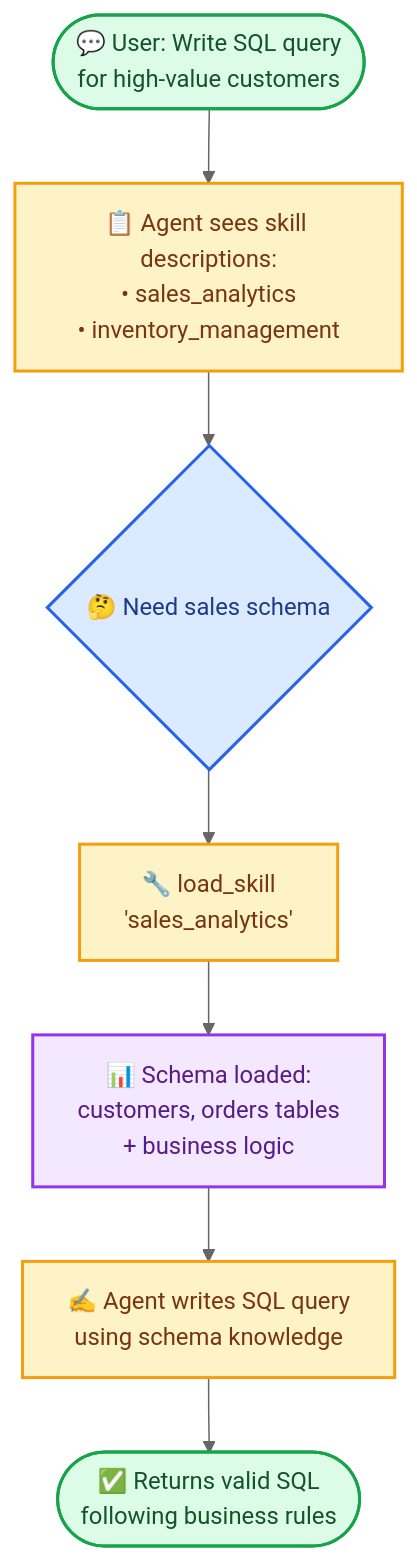
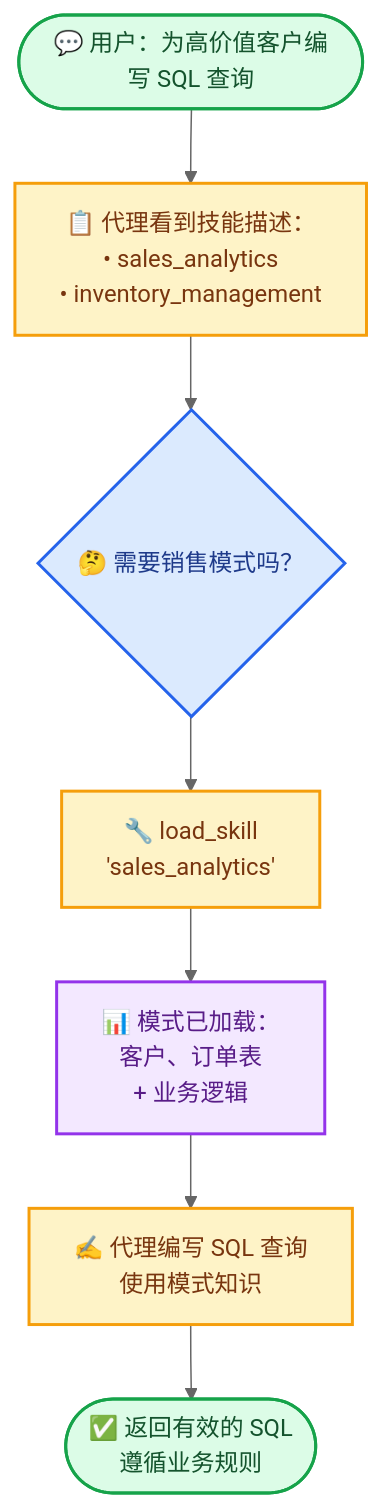
One commit to kunfan96/cndocs-langchain changed the diagram in oss/python/langchain/multi-agent/skills-sql-assistant.mdx. Above: the diagram before and after it, drawn with Mermaid. The commit also changed other lines of this file and 1030 other files, not shown here.

````diff
--- a/oss/python/langchain/multi-agent/skills-sql-assistant.mdx
+++ b/oss/python/langchain/multi-agent/skills-sql-assistant.mdx
@@ -27,26 +27,26 @@
 ```mermaid
 %%{init: {'theme':'base', 'themeVariables': { 'primaryColor':'#4CAF50','primaryTextColor':'#fff','primaryBorderColor':'#2E7D32','lineColor':'#666','secondaryColor':'#FF9800','tertiaryColor':'#2196F3','tertiaryBorderColor':'#1565C0','tertiaryTextColor':'#fff'}}}%%
 flowchart TD
-    Start([💬 User: Write SQL query<br/>for high-value customers]) --> SystemPrompt[📋 Agent sees skill descriptions:<br/>• sales_analytics<br/>• inventory_management]
+    Start([💬 用户：为高价值客户编写 SQL 查询]) --> SystemPrompt[📋 代理看到技能描述：<br/>• sales_analytics<br/>• inventory_management]
 
-    SystemPrompt --> Decide{🤔 Need sales schema}
+    SystemPrompt --> Decide{🤔 需要销售模式吗？}
 
     Decide --> LoadSkill[🔧 load_skill<br/>'sales_analytics']
 
-    LoadSkill --> Schema[📊 Schema loaded:<br/>customers, orders tables<br/>+ business logic]
+    LoadSkill --> Schema[📊 模式已加载：<br/>客户、订单表<br/>+ 业务逻辑]
 
-    Schema --> WriteQuery[✍️ Agent writes SQL query<br/>using schema knowledge]
+    Schema --> WriteQuery[✍️ 代理编写 SQL 查询<br/>使用模式知识]
 
-    WriteQuery --> Response([✅ Returns valid SQL<br/>following business rules])
+    WriteQuery --> Response([✅ 返回有效的 SQL<br/>遵循业务规则])
 
-    %% Styling for light and dark modes
+    %% 为浅色和深色模式设置样式
     classDef startEnd fill:#DCFCE7,stroke:#16A34A,stroke-width:2px,color:#14532D
     classDef process fill:#FEF3C7,stroke:#F59E0B,stroke-width:2px,color:#78350F
     classDef decision fill:#DBEAFE,stroke:#2563EB,stroke-width:2px,color:#1E3A8A
     classDef enrichment fill:#F3E8FF,stroke:#9333EA,stroke-width:2px,color:#581C87
 
     class Start,Response startEnd
     class SystemPrompt,LoadSkill,WriteQuery process
     class Decide decision
     class Schema enrichment
 ```
````
